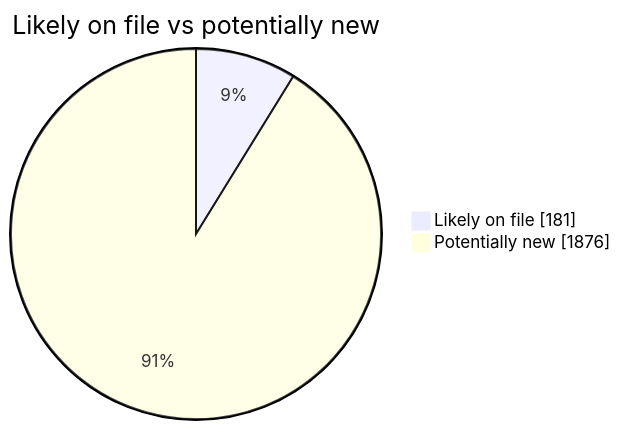
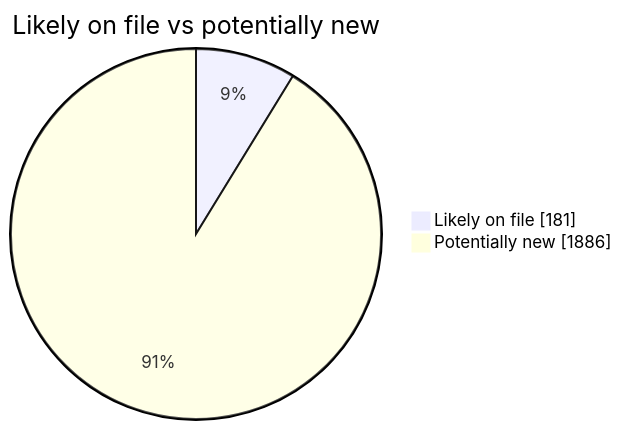
Before and after one commit to martinbalfanz/social-scanner-reports: the second of 4 diagrams in README.md, drawn with Mermaid. The commit also changed other lines of this file and 4 other files, not shown here.

````diff
--- a/README.md
+++ b/README.md
@@ -40,5 +40,5 @@
 ```mermaid
 pie showData title Likely on file vs potentially new
     "Likely on file" : 181
-    "Potentially new" : 1876
+    "Potentially new" : 1886
 ```
````
